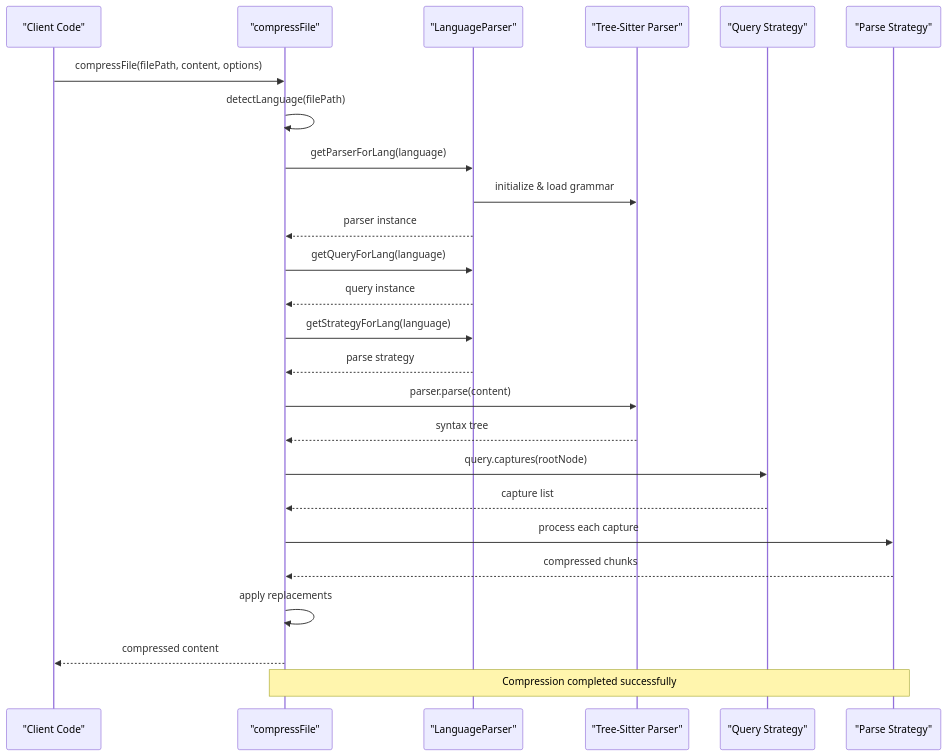
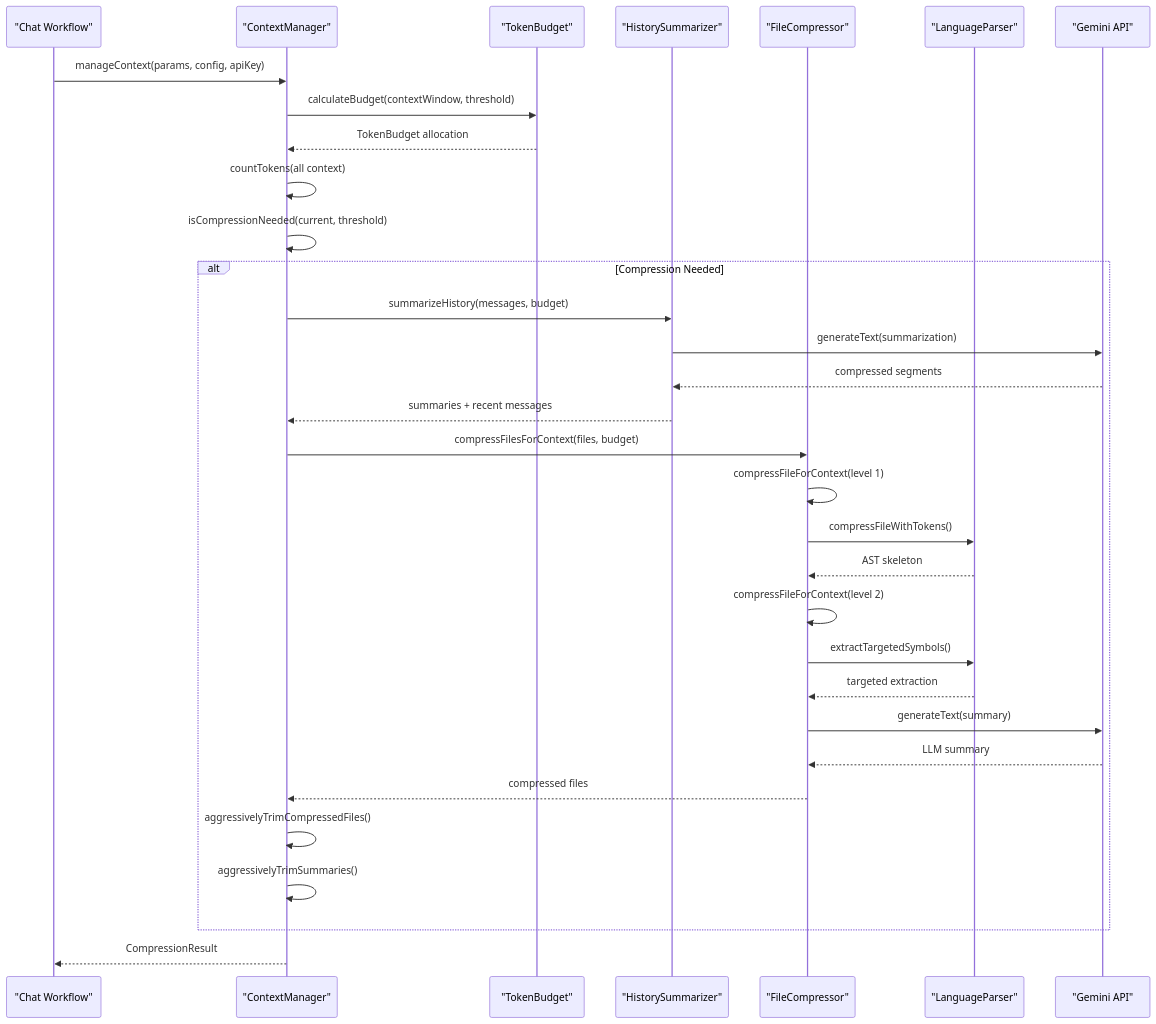
One commit to bramburn/repomix-runner changed the second of 7 diagrams in .qoder/repowiki/en/content/Core Features/Compression Engine Architecture.md. Above: the diagram before and after it, drawn with Mermaid. The commit also changed other lines of this file and 40 other files, not shown here.

````diff
--- a/.qoder/repowiki/en/content/Core Features/Compression Engine Architecture.md
+++ b/.qoder/repowiki/en/content/Core Features/Compression Engine Architecture.md
@@ -125,27 +140,34 @@
 ```mermaid
 sequenceDiagram
-participant Client as "Client Code"
-participant CF as "compressFile"
+participant Client as "Chat Workflow"
+participant CM as "ContextManager"
+participant TB as "TokenBudget"
+participant HS as "HistorySummarizer"
+participant FC as "FileCompressor"
 participant LP as "LanguageParser"
-participant TS as "Tree-Sitter Parser"
-participant QS as "Query Strategy"
-participant PS as "Parse Strategy"
-Client->>CF : compressFile(filePath, content, options)
-CF->>CF : detectLanguage(filePath)
-CF->>LP : getParserForLang(language)
-LP->>TS : initialize & load grammar
-LP-->>CF : parser instance
-CF->>LP : getQueryForLang(language)
-LP-->>CF : query instance
-CF->>LP : getStrategyForLang(language)
-LP-->>CF : parse strategy
-CF->>TS : parser.parse(content)
-TS-->>CF : syntax tree
-CF->>QS : query.captures(rootNode)
-QS-->>CF : capture list
-CF->>PS : process each capture
-PS-->>CF : compressed chunks
-CF->>CF : apply replacements
-CF-->>Client : compressed content
-Note over CF,PS : Compression completed successfully
+participant API as "Gemini API"
+Client->>CM : manageContext(params, config, apiKey)
+CM->>TB : calculateBudget(contextWindow, threshold)
+TB-->>CM : TokenBudget allocation
+CM->>CM : countTokens(all context)
+CM->>CM : isCompressionNeeded(current, threshold)
+alt Compression Needed
+CM->>HS : summarizeHistory(messages, budget)
+HS->>API : generateText(summarization)
+API-->>HS : compressed segments
+HS-->>CM : summaries + recent messages
+CM->>FC : compressFilesForContext(files, budget)
+FC->>FC : compressFileForContext(level 1)
+FC->>LP : compressFileWithTokens()
+LP-->>FC : AST skeleton
+FC->>FC : compressFileForContext(level 2)
+FC->>LP : extractTargetedSymbols()
+LP-->>FC : targeted extraction
+FC->>API : generateText(summary)
+API-->>FC : LLM summary
+FC-->>CM : compressed files
+CM->>CM : aggressivelyTrimCompressedFiles()
+CM->>CM : aggressivelyTrimSummaries()
+end
+CM-->>Client : CompressionResult
 ```
````
